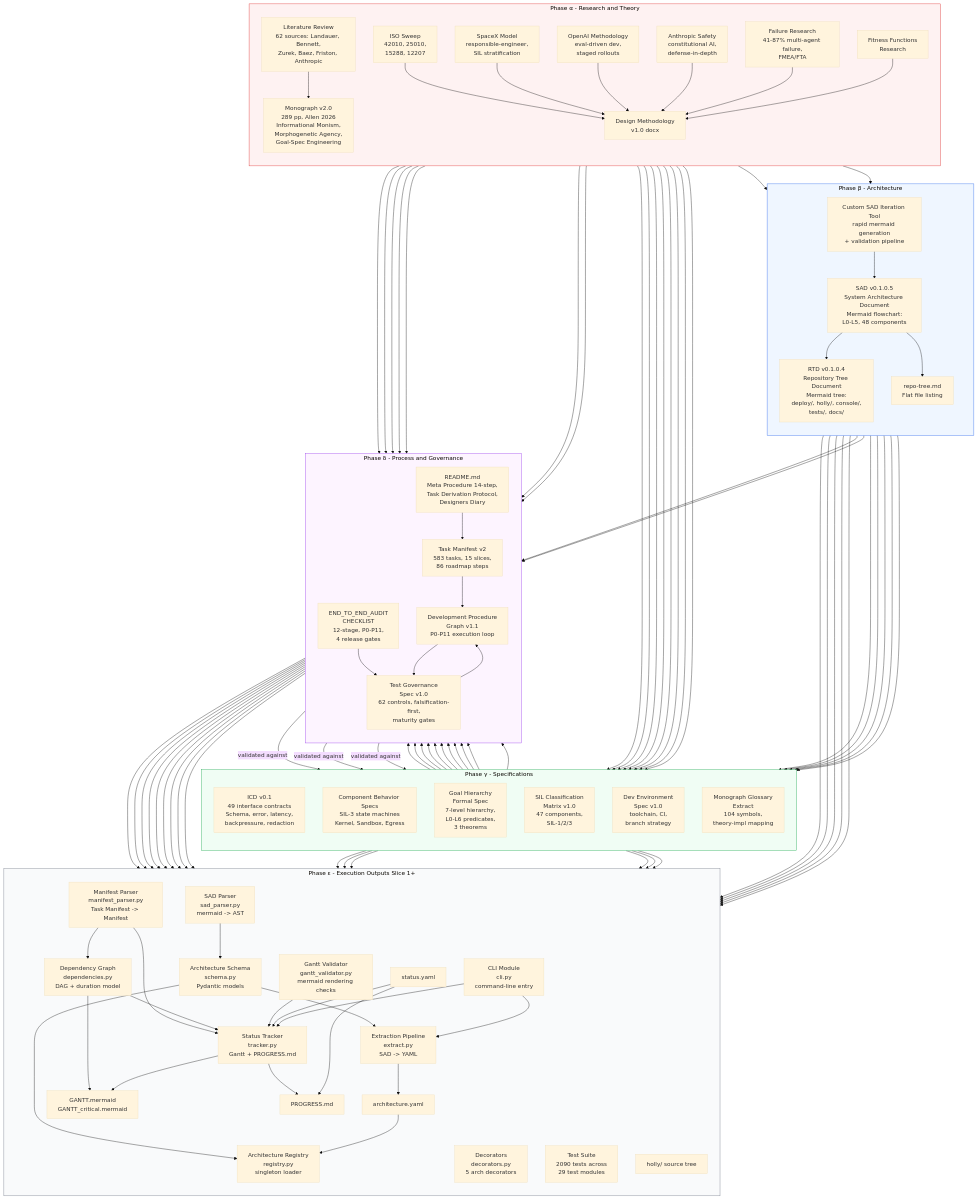
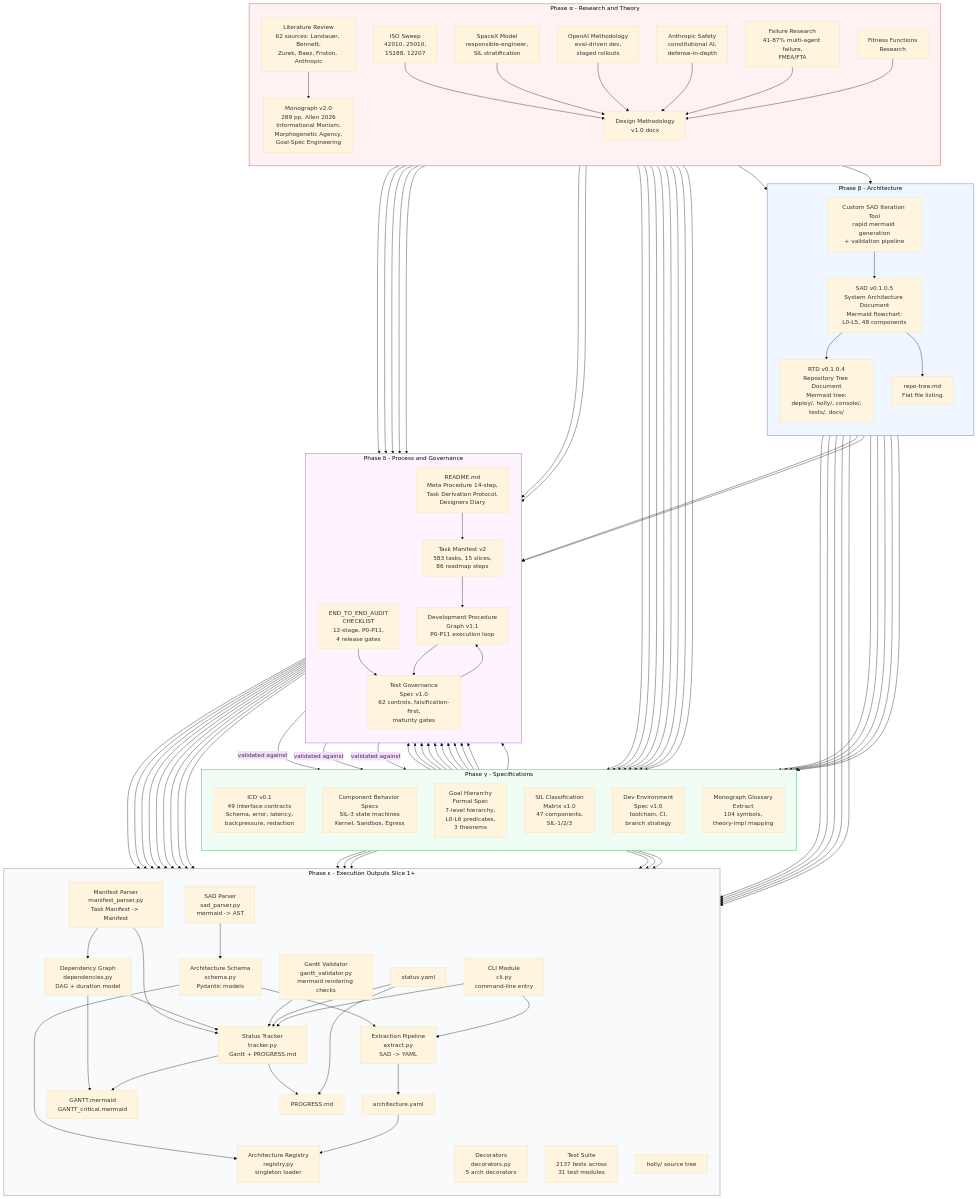
Before and after one commit to 1seansean1/holly-grace: the diagram in docs/architecture/Artifact_Genealogy.md, drawn with Mermaid (base theme). The commit also changed other lines of this file and 9 other files, not shown here.

```diff
--- a/docs/architecture/Artifact_Genealogy.md
+++ b/docs/architecture/Artifact_Genealogy.md
@@ -97,7 +97,7 @@
         GANTT["GANTT.mermaid\nGANTT_critical.mermaid"]
         PROG["PROGRESS.md"]
         STATYS["status.yaml"]
-        TESTS["Test Suite\n2090 tests across\n29 test modules"]
+        TESTS["Test Suite\n2137 tests across\n31 test modules"]
         CODE["holly/ source tree"]
     end
 
```
